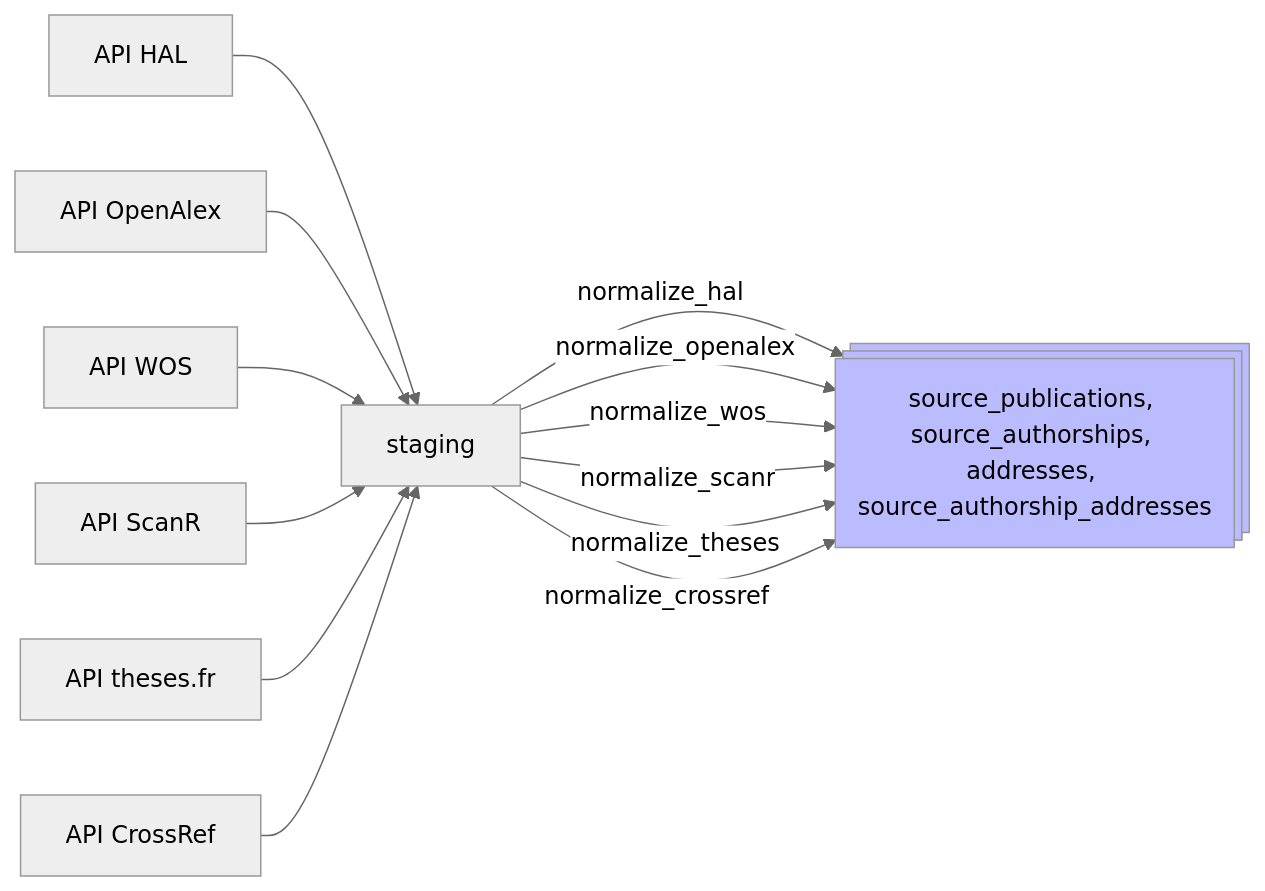
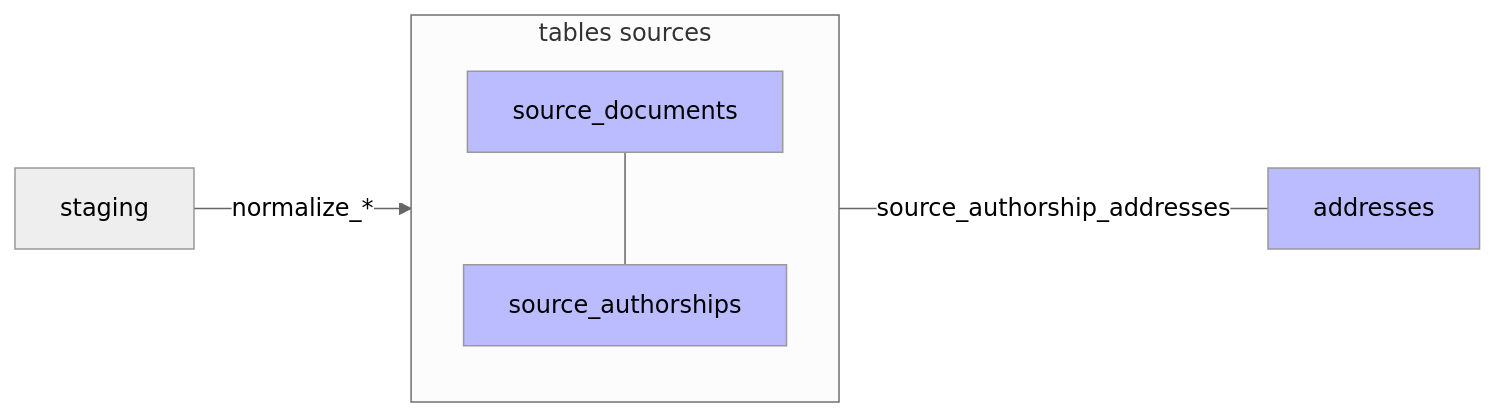
Before and after one commit to Y33sha/bibliometrie-uca: the second of 10 diagrams in docs/pipeline.md, drawn with Mermaid (neutral theme). The commit also changed 6 other files, not shown here.

````diff
--- a/docs/pipeline.md
+++ b/docs/pipeline.md
@@ -84,11 +84,11 @@
 ```mermaid
 flowchart LR
-    A[API HAL]-->B[staging]-->|normalize_hal|G@{ shape: processes, label: "source_publications, source_authorships, addresses, source_authorship_addresses" }
-    C[API OpenAlex]-->B-->|normalize_openalex|G
-    E[API WOS]-->B-->|normalize_wos|G
-    K[API ScanR]-->B-->|normalize_scanr|G
-    L[API theses.fr]-->B-->|normalize_theses|G
-    M[API CrossRef]-->B-->|normalize_crossref|G
+    B[staging]-->|normalize_*|G
+    subgraph G[tables sources]
+        direction TB
+        C[source_documents]---D[source_authorships]
+    end
+    D---|source_authorship_addresses|F[addresses]
     classDef new  fill:#bbf
-    class G new;
+    class C,D,F new;
 ```
````
